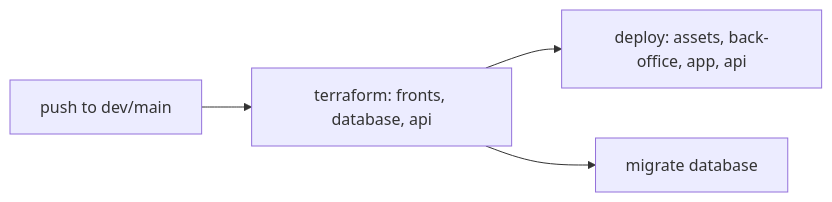
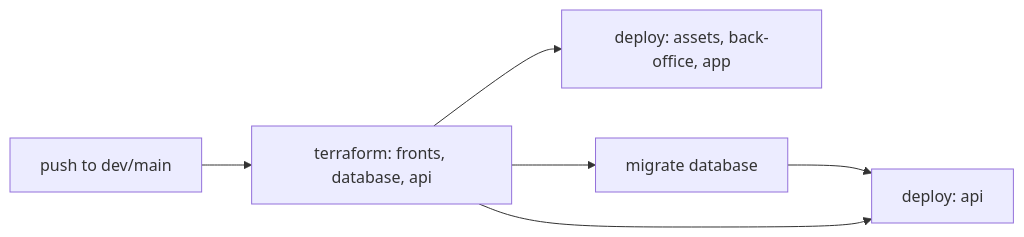
Before and after one commit to MyHobbees/app-myhobbees: the diagram in aidd_docs/memory/deployment.md, drawn with Mermaid. The commit also changed other lines of this file and 6 other files, not shown here.

````diff
--- a/aidd_docs/memory/deployment.md
+++ b/aidd_docs/memory/deployment.md
@@ -9,6 +9,8 @@
 ```mermaid
 flowchart LR
     push[push to dev/main] --> tf[terraform: fronts, database, api]
-    tf --> deploy[deploy: assets, back-office, app, api]
+    tf --> deploy[deploy: assets, back-office, app]
     tf --> migrate[migrate database]
+    migrate --> deployapi[deploy: api]
+    tf --> deployapi
 ```
````
